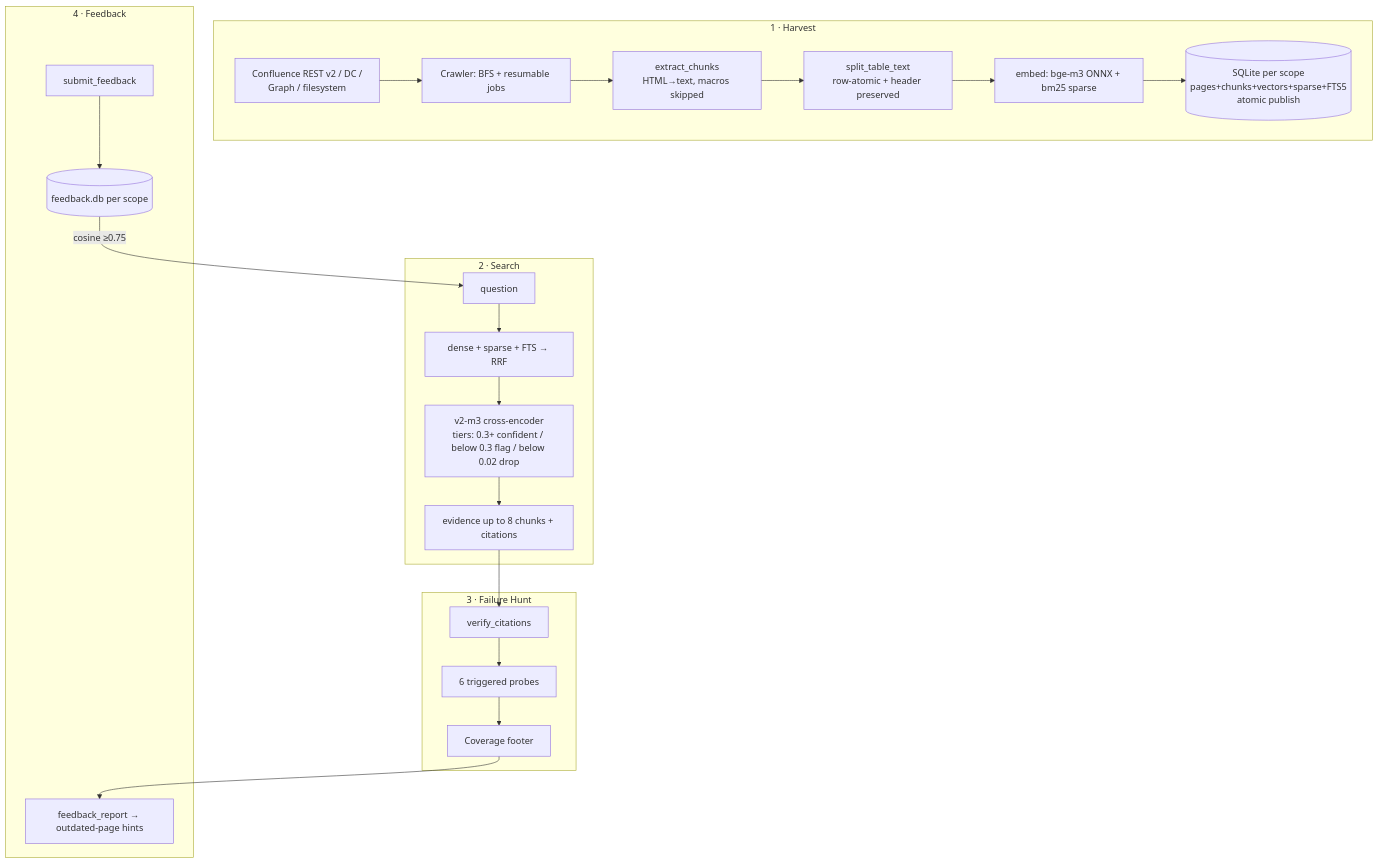
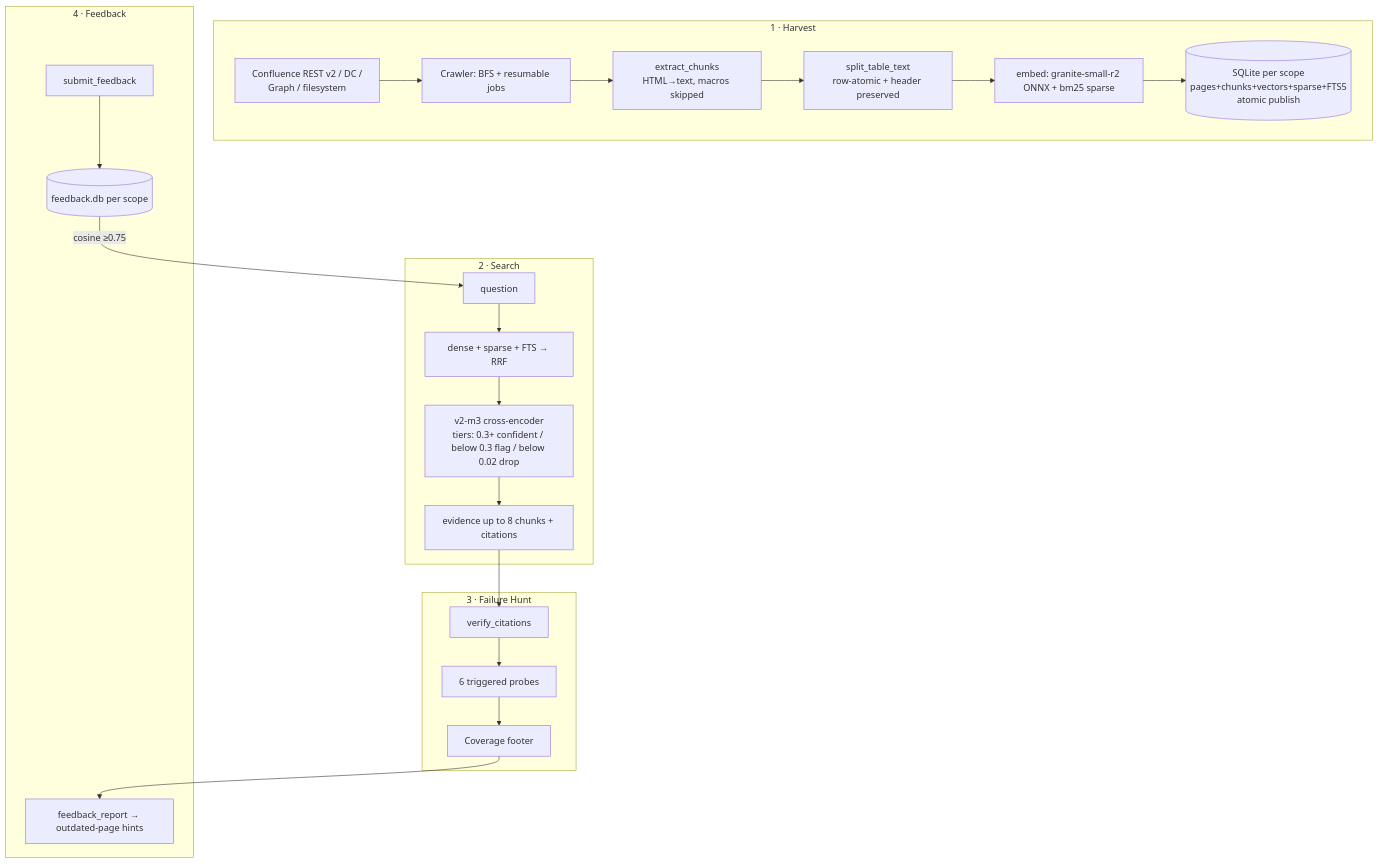
The fifth of 5 diagrams in docs/knowledge-agent-tdd.md (nkunal1992/agents), drawn with Mermaid before and after one commit. The commit also changed other lines of this file and 26 other files, not shown here.

````diff
--- a/docs/knowledge-agent-tdd.md
+++ b/docs/knowledge-agent-tdd.md
@@ -316,25 +316,25 @@
 ```mermaid
 flowchart TD
     subgraph Ingestion["1 · Harvest"]
         API[Confluence REST v2 / DC /<br/>Graph / filesystem] --> CW[Crawler: BFS + resumable jobs]
         CW --> EX[extract_chunks<br/>HTML→text, macros skipped]
         EX --> TB[split_table_text<br/>row-atomic + header preserved]
-        TB --> EM[embed: bge-m3 ONNX + bm25 sparse]
+        TB --> EM[embed: granite-small-r2 ONNX + bm25 sparse]
         EM --> IX[("SQLite per scope<br/>pages+chunks+vectors+sparse+FTS5<br/>atomic publish")]
     end
     subgraph Retrieval["2 · Search"]
         Q[question] --> HY[dense + sparse + FTS → RRF]
         HY --> RR["v2-m3 cross-encoder<br/>tiers: 0.3+ confident / below 0.3 flag / below 0.02 drop"]
         RR --> EV["evidence up to 8 chunks + citations"]
     end
     subgraph Verify["3 · Failure Hunt"]
         EV --> VP[verify_citations]
         VP --> PR[6 triggered probes]
         PR --> FOOT[Coverage footer]
     end
     subgraph Learn["4 · Feedback"]
         FB[submit_feedback] --> ST[("feedback.db per scope")]
         ST -->|cosine ≥0.75| Q
         FOOT --> RPT[feedback_report → outdated-page hints]
     end
 ```
````
